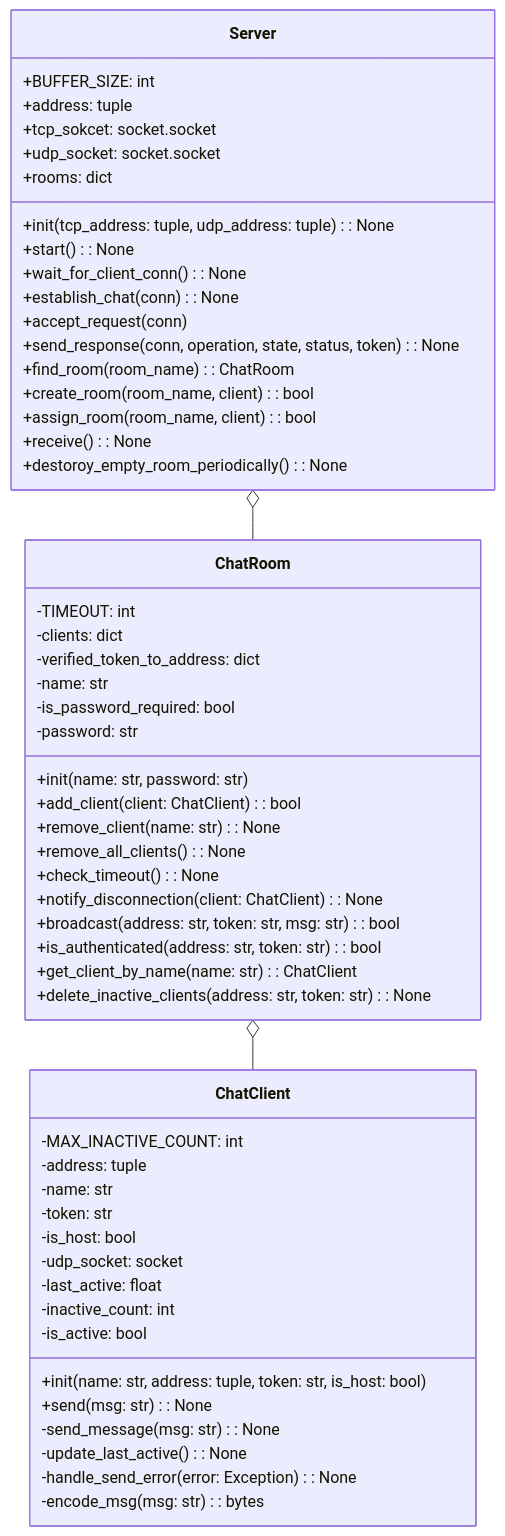
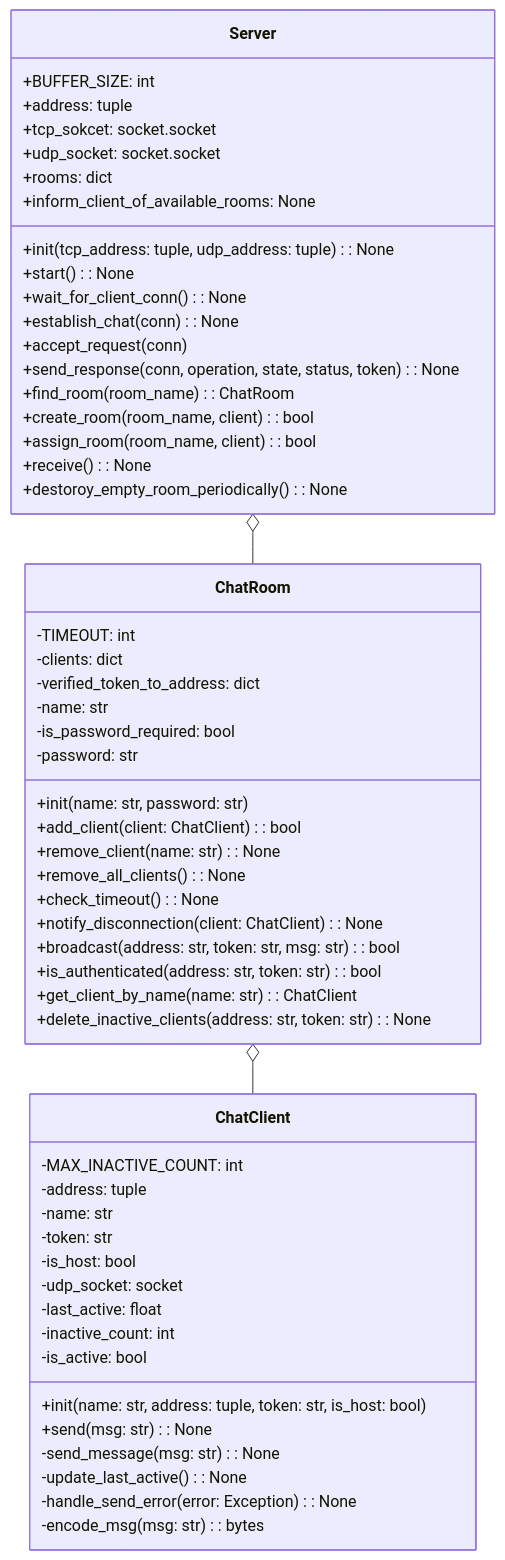
The first of 2 diagrams in README.md (recursion-backend-team-d/online-chat-messenger), drawn with Mermaid before and after one commit. The commit also changed other lines of this file and 1 other file, not shown here.

````diff
--- a/README.md
+++ b/README.md
@@ -7,63 +7,64 @@
 ```mermaid
 classDiagram
 class ChatClient {
   -MAX_INACTIVE_COUNT: int
   -address: tuple
   -name: str
   -token: str
   -is_host: bool
   -udp_socket: socket
   -last_active: float
   -inactive_count: int
   -is_active: bool
 
   +init(name: str, address: tuple, token: str, is_host: bool)
   +send(msg: str): None
   -send_message(msg: str): None
   -update_last_active(): None
   -handle_send_error(error: Exception): None
   -encode_msg(msg: str): bytes
 }
 
 class ChatRoom {
   -TIMEOUT: int
   -clients: dict
   -verified_token_to_address: dict
   -name: str
   -is_password_required: bool
   -password: str
 
   +init(name: str, password: str)
   +add_client(client: ChatClient): bool
   +remove_client(name: str): None
   +remove_all_clients(): None
   +check_timeout(): None
   +notify_disconnection(client: ChatClient): None
   +broadcast(address: str, token: str, msg: str): bool
   +is_authenticated(address: str, token: str): bool
   +get_client_by_name(name: str): ChatClient
   +delete_inactive_clients(address: str, token: str): None
 }
 
 class Server {
   +BUFFER_SIZE: int
   +address: tuple
   +tcp_sokcet: socket.socket
   +udp_socket: socket.socket
   +rooms: dict
 
   +init(tcp_address: tuple, udp_address: tuple): None
   +start(): None
   +wait_for_client_conn(): None
   +establish_chat(conn): None
+  +inform_client_of_available_rooms: None
   +accept_request(conn)
   +send_response(conn, operation, state, status, token): None
   +find_room(room_name): ChatRoom
   +create_room(room_name, client): bool
   +assign_room(room_name, client): bool
   +receive(): None
   +destoroy_empty_room_periodically(): None
 }
 Server o-- ChatRoom
 ChatRoom o-- ChatClient
 ```
````
